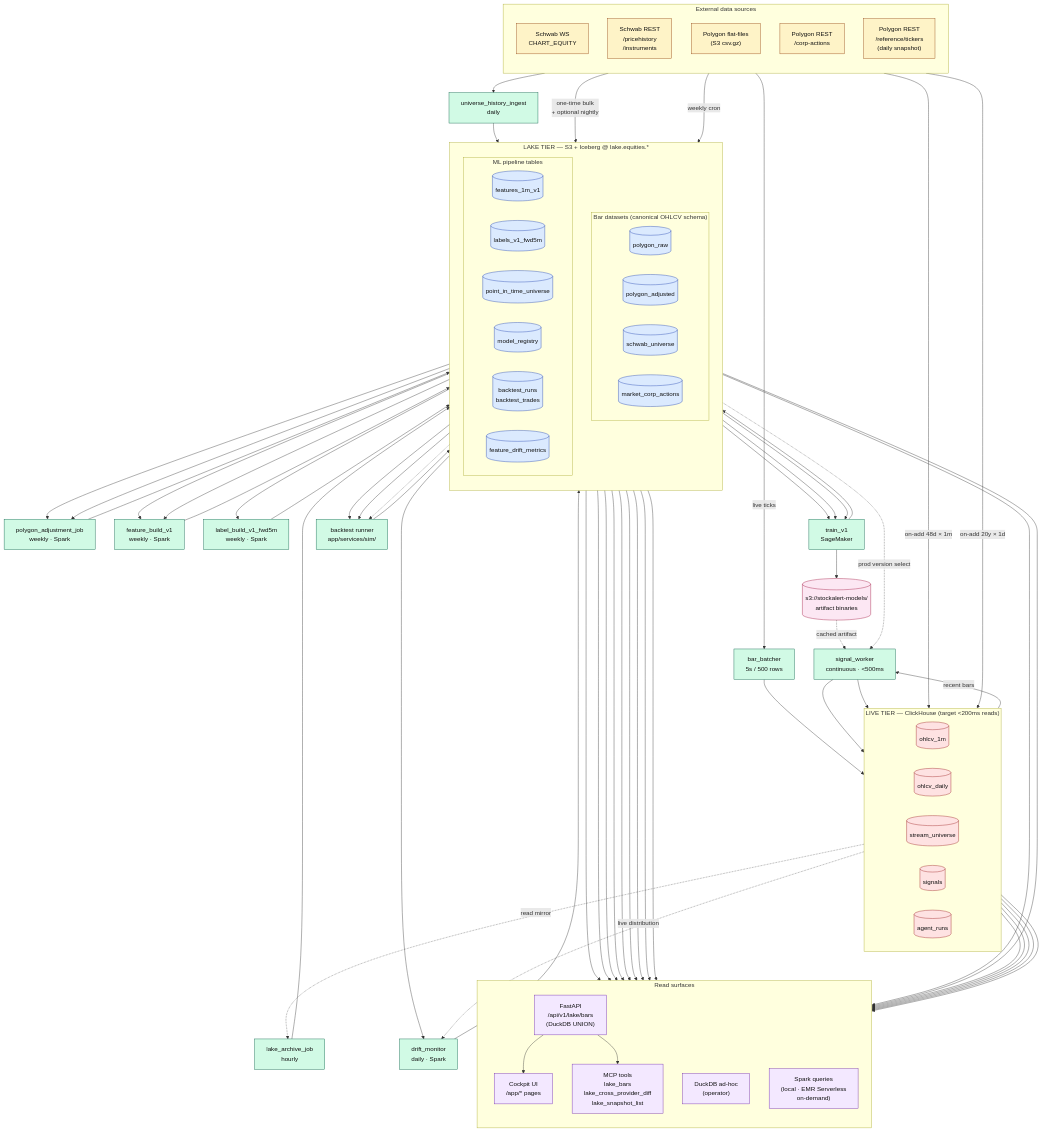
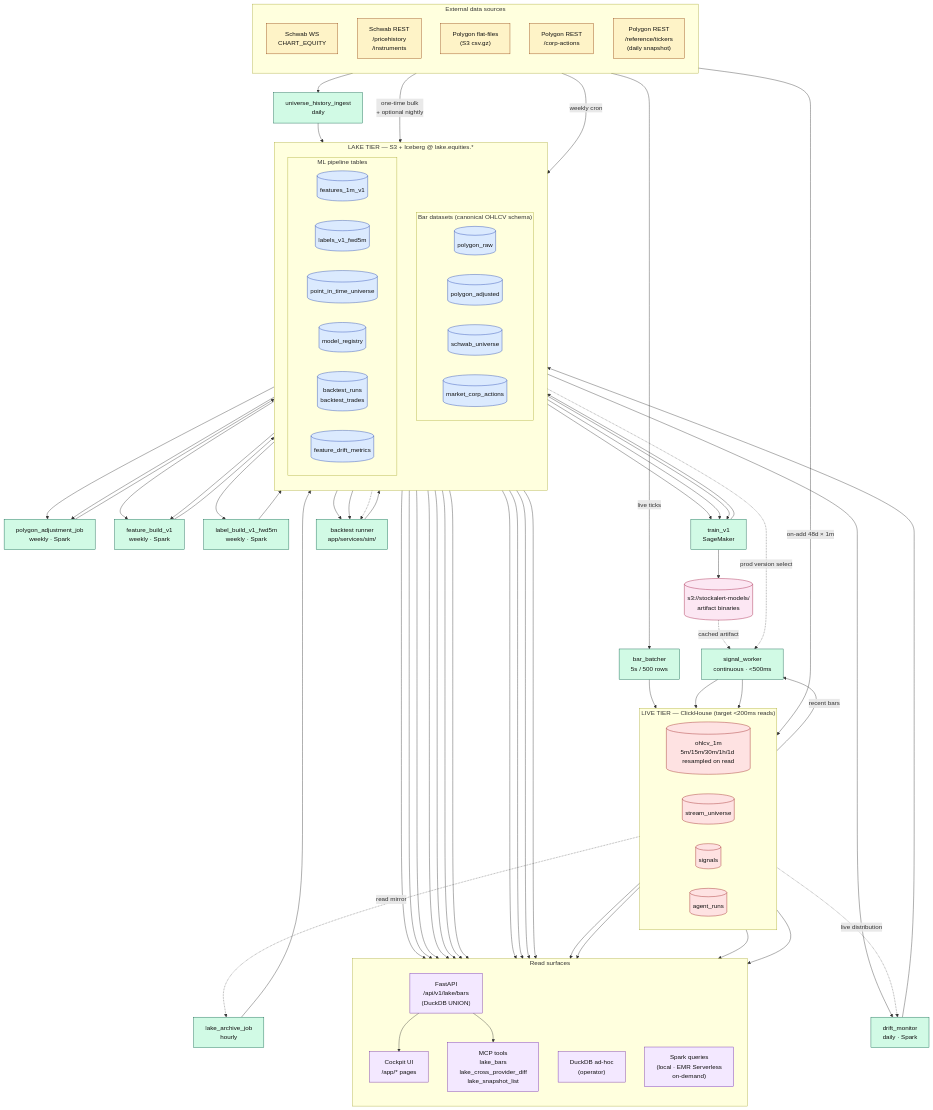
One commit to 28licaris/stockalert changed the diagram in docs/architecture_v2/01_architecture.md. Above: the diagram before and after it, drawn with Mermaid. The commit also changed other lines of this file and 24 other files, not shown here.

```diff
--- a/docs/architecture_v2/01_architecture.md
+++ b/docs/architecture_v2/01_architecture.md
@@ -67,8 +67,7 @@
   %% =========================================================
   subgraph LIVE["LIVE TIER — ClickHouse (target &lt;200ms reads)"]
     direction LR
-    OHLCV1M[("ohlcv_1m")]
-    OHLCVD[("ohlcv_daily")]
+    OHLCV1M[("ohlcv_1m<br/>5m/15m/30m/1h/1d resampled on read")]
     STREAMUNIV[("stream_universe")]
     SIG[("signals")]
     AGRUN[("agent_runs")]
@@ -117,7 +116,6 @@
   SchwabWS -->|live ticks| BB
   BB --> OHLCV1M
   SchwabRest -->|on-add 48d × 1m| OHLCV1M
-  SchwabRest -->|on-add 20y × 1d| OHLCVD
   OHLCV1M -.->|read mirror| LAJ
   LAJ --> SU
   PolygonFF -->|one-time bulk<br/>+ optional nightly| PR
@@ -166,7 +164,6 @@
   %% READ EDGES
   %% =========================================================
   OHLCV1M --> COCK
-  OHLCVD --> COCK
   SIG --> COCK
   STREAMUNIV --> COCK
   AGRUN --> COCK
@@ -198,7 +195,7 @@
   classDef model   fill:#fce7f3,stroke:#9f1239,color:#111
 
   class SchwabWS,SchwabRest,PolygonFF,PolygonCA,PolygonTickers ext
-  class OHLCV1M,OHLCVD,STREAMUNIV,SIG,AGRUN live
+  class OHLCV1M,STREAMUNIV,SIG,AGRUN live
   class PR,PA,SU,CA,FT,LBL,PIT,MR,BTBL,FDM lake
   class BB,LAJ,PAJ,FB,LBJ,PITJ,TR,BTJ,DRIFT,SW compute
   class COCK,LB_API,MCP_T,DUCK,SPRK cons
```
